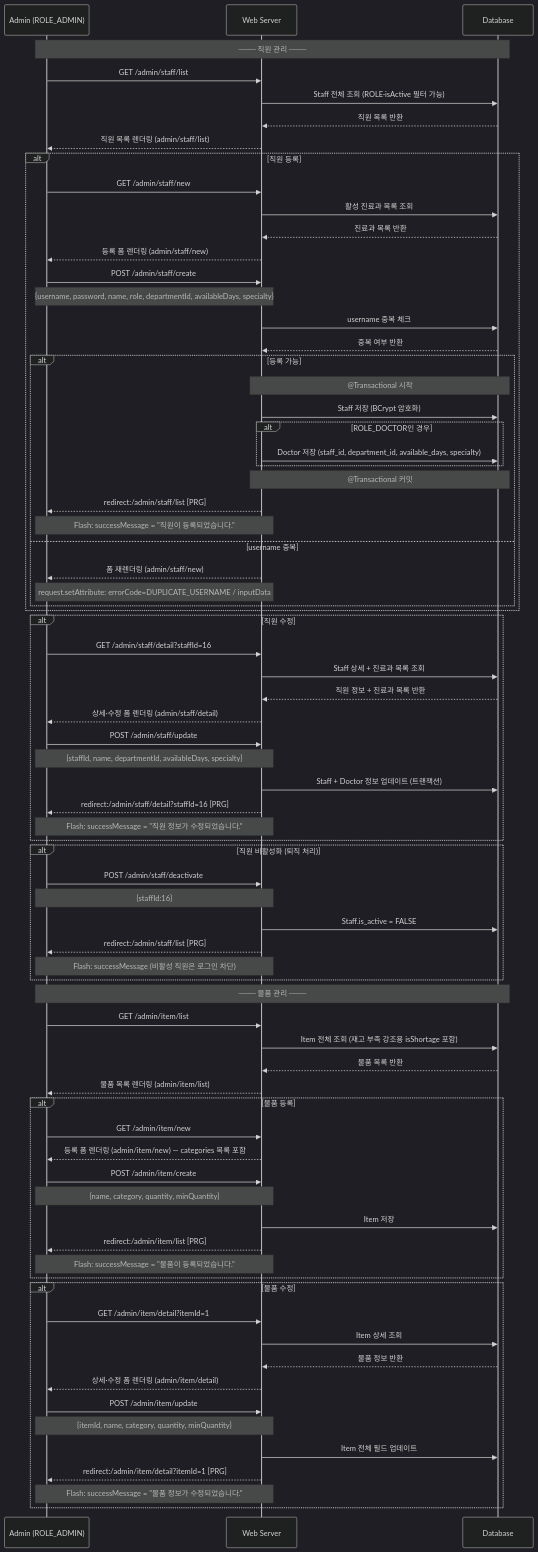
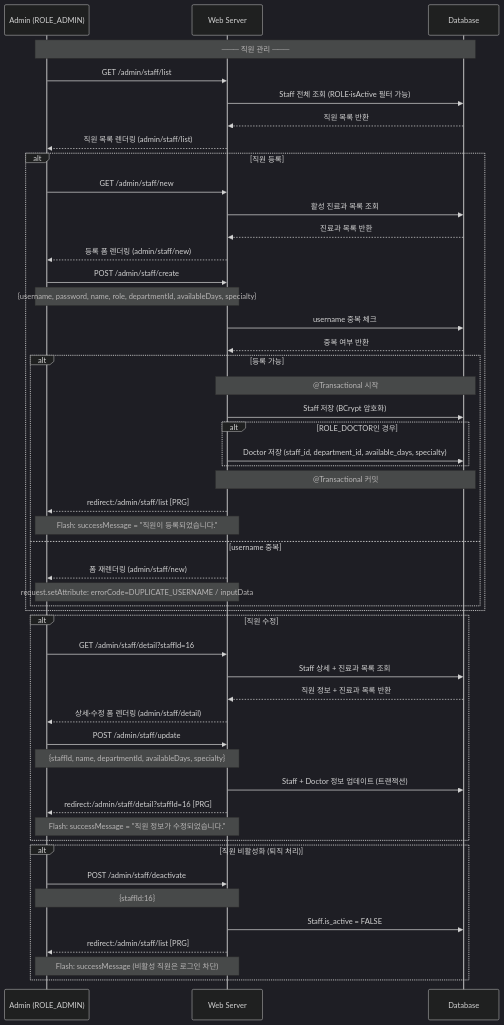
One commit to proejct-team-alpha/documents changed diagram 11 of 18 in 05_화면_흐름_시퀀스_다이어그램/🏥_병원_예약_&_내부_업무_시스템_—_화면_흐름_시퀀스_다이어그램_v5.md. Above: the diagram before and after it, drawn with Mermaid (dark theme). The commit also changed other lines of this file and 6 other files, not shown here.

````diff
--- a/05_화면_흐름_시퀀스_다이어그램/🏥_병원_예약_&_내부_업무_시스템_—_화면_흐름_시퀀스_다이어그램_v5.md
+++ b/05_화면_흐름_시퀀스_다이어그램/🏥_병원_예약_&_내부_업무_시스템_—_화면_흐름_시퀀스_다이어그램_v5.md
@@ -835,34 +835,4 @@
         Note over W,A: Flash: successMessage (비활성 직원은 로그인 차단)
     end
 
-    Note over A,DB: ─── 물품 관리 ───
-
-    A->>W: GET /admin/item/list
-    W->>DB: Item 전체 조회 (재고 부족 강조용 isShortage 포함)
-    DB-->>W: 물품 목록 반환
-    W-->>A: 물품 목록 렌더링 (admin/item/list)
-
-    alt 물품 등록
-        A->>W: GET /admin/item/new
-        W-->>A: 등록 폼 렌더링 (admin/item/new) — categories 목록 포함
-
-        A->>W: POST /admin/item/create
-        Note over A,W: {name, category, quantity, minQuantity}
-        W->>DB: Item 저장
-        W-->>A: redirect:/admin/item/list [PRG]
-        Note over W,A: Flash: successMessage = "물품이 등록되었습니다."
-    end
-
-    alt 물품 수정
-        A->>W: GET /admin/item/detail?itemId=1
-        W->>DB: Item 상세 조회
-        DB-->>W: 물품 정보 반환
-        W-->>A: 상세·수정 폼 렌더링 (admin/item/detail)
-
-        A->>W: POST /admin/item/update
-        Note over A,W: {itemId, name, category, quantity, minQuantity}
-        W->>DB: Item 전체 필드 업데이트
-        W-->>A: redirect:/admin/item/detail?itemId=1 [PRG]
-        Note over W,A: Flash: successMessage = "물품 정보가 수정되었습니다."
-    end
 ```
````
